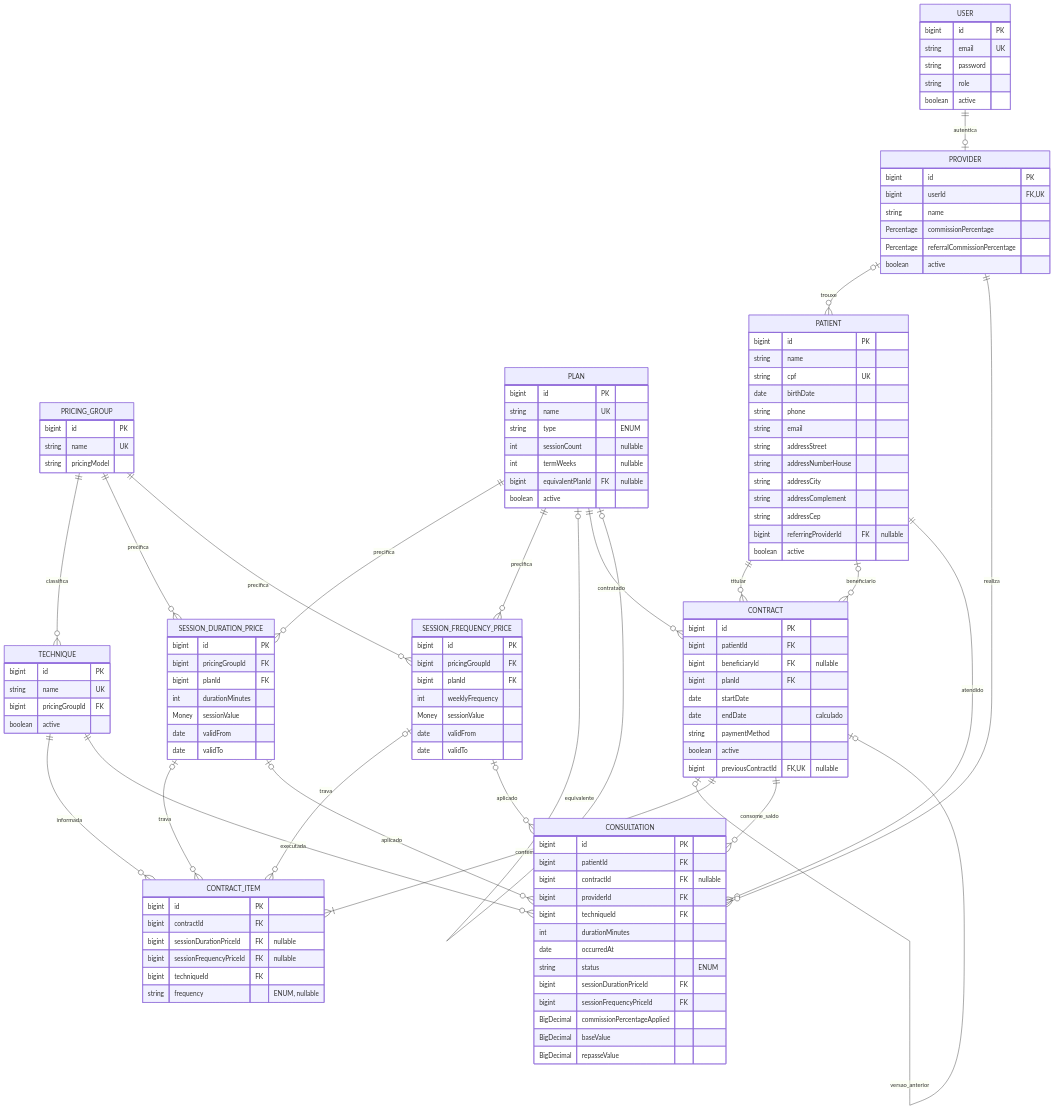
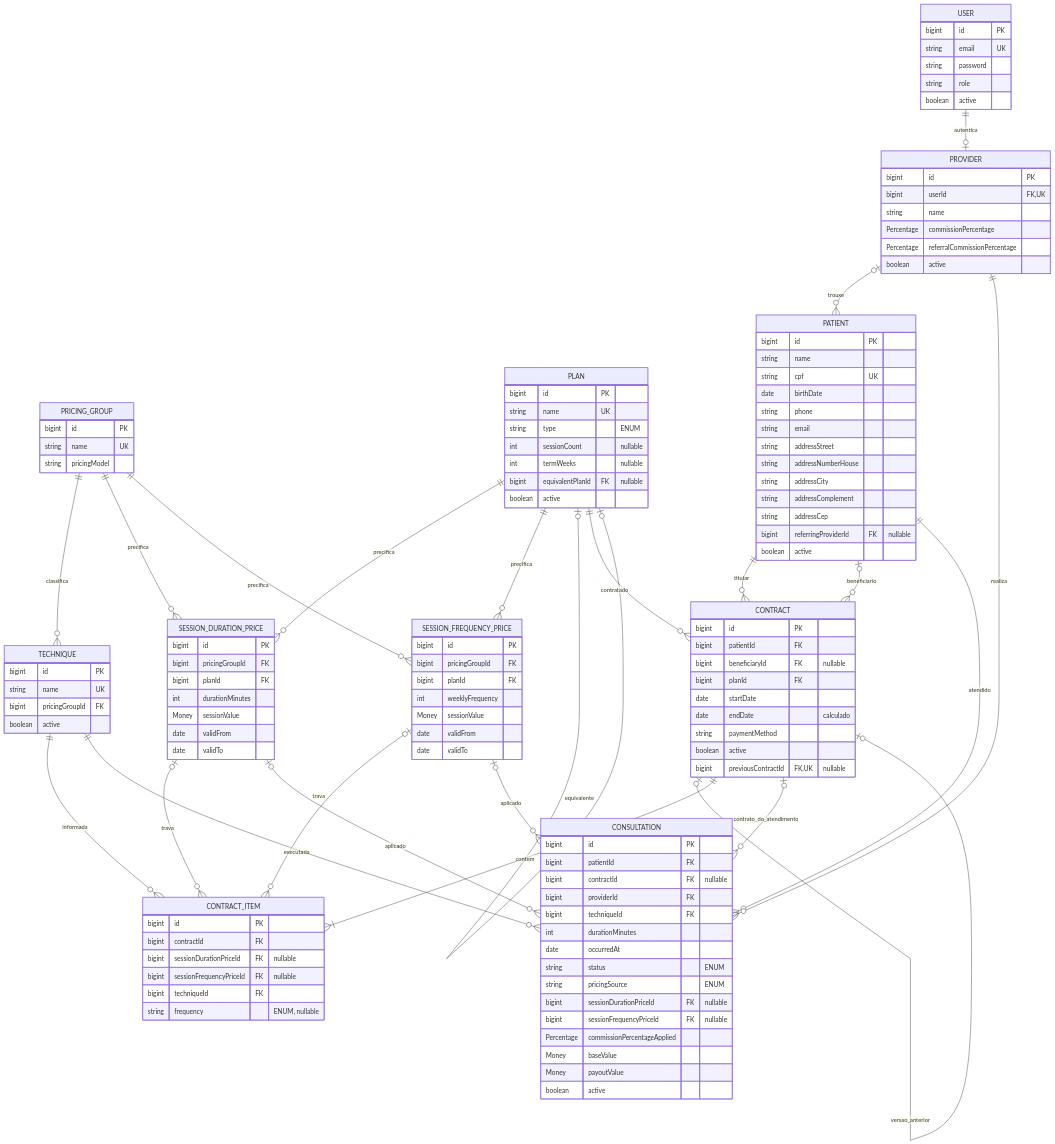
The diagram in docs/domain-model.md (1k2s/sublime-app), drawn with Mermaid before and after one commit. The commit also changed other lines of this file and 49 other files, not shown here.

````diff
--- a/docs/domain-model.md
+++ b/docs/domain-model.md
@@ -26,7 +30,7 @@
   USER ||--o| PROVIDER : autentica
   PROVIDER |o--o{ PATIENT : trouxe
   PATIENT ||--o{ CONSULTATION : atendido
-  CONTRACT ||--o{ CONSULTATION : consome_saldo
+  CONTRACT |o--o{ CONSULTATION : contrato_do_atendimento
   PROVIDER ||--o{ CONSULTATION : realiza
   TECHNIQUE ||--o{ CONSULTATION : executada
   SESSION_DURATION_PRICE |o--o{ CONSULTATION : aplicado
@@ -138,10 +142,12 @@
     int durationMinutes
     date occurredAt
     string status "ENUM"
-    bigint sessionDurationPriceId FK
-    bigint sessionFrequencyPriceId FK
-    BigDecimal commissionPercentageApplied
-    BigDecimal baseValue
-    BigDecimal repasseValue
+    string pricingSource "ENUM"
+    bigint sessionDurationPriceId FK "nullable"
+    bigint sessionFrequencyPriceId FK "nullable"
+    Percentage commissionPercentageApplied
+    Money baseValue
+    Money payoutValue
+    boolean active
   }
 ```
````
